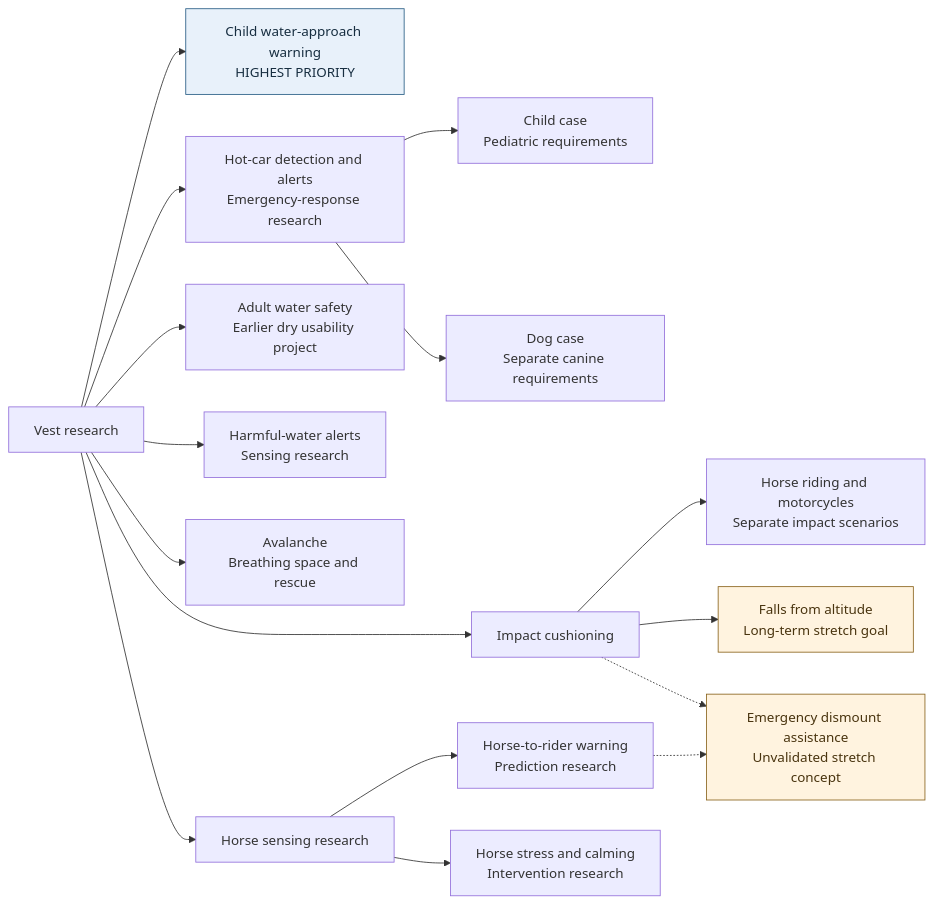
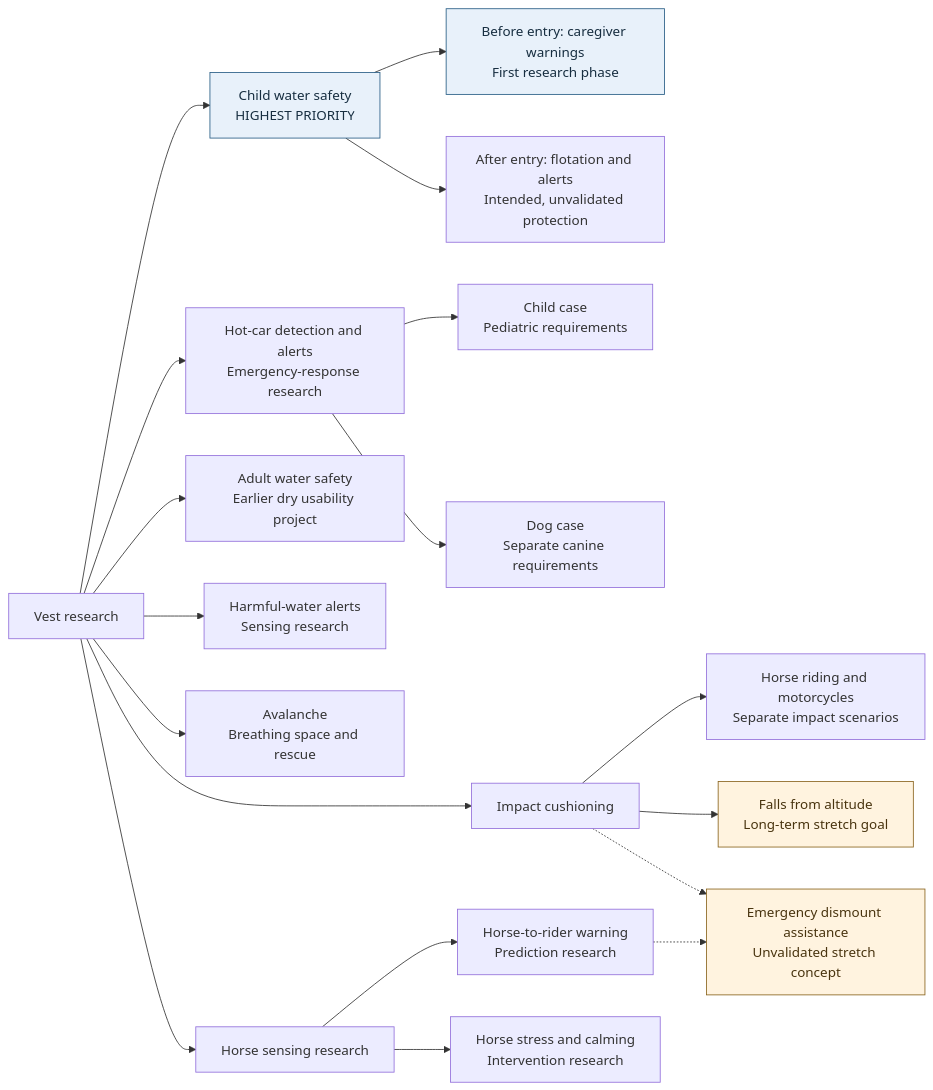
The first of 2 diagrams in docs/overview.md (eamusai/vest), drawn with Mermaid before and after one commit. The commit also changed other lines of this file and 7 other files, not shown here.

Commit message:
Clarify child protection goals before and after water entry

````diff
--- a/docs/overview.md
+++ b/docs/overview.md
@@ -9,23 +9,25 @@
 ```mermaid
 flowchart LR
     V["Vest research"]
-    V --> C["Child water-approach warning<br/>HIGHEST PRIORITY"]
+    V --> C["Child water safety<br/>HIGHEST PRIORITY"]
+    C --> CB["Before entry: caregiver warnings<br/>First research phase"]
+    C --> CA["After entry: flotation and alerts<br/>Intended, unvalidated protection"]
     V --> K["Hot-car detection and alerts<br/>Emergency-response research"]
     K --> KC["Child case<br/>Pediatric requirements"]
     K --> KD["Dog case<br/>Separate canine requirements"]
     V --> W["Adult water safety<br/>Earlier dry usability project"]
     V --> T["Harmful-water alerts<br/>Sensing research"]
     V --> A["Avalanche<br/>Breathing space and rescue"]
     V --> I["Impact cushioning"]
     V --> H["Horse sensing research"]
     H --> HW["Horse-to-rider warning<br/>Prediction research"]
     H --> HC["Horse stress and calming<br/>Intervention research"]
     I --> R["Horse riding and motorcycles<br/>Separate impact scenarios"]
     I --> F["Falls from altitude<br/>Long-term stretch goal"]
     HW -.-> D["Emergency dismount assistance<br/>Unvalidated stretch concept"]
     I -.-> D
     classDef current fill:#e8f1fa,stroke:#285d85,color:#172e40;
     classDef stretch fill:#fff3df,stroke:#8a641e,color:#49340f;
-    class C current;
+    class C,CB current;
     class F,D stretch;
 ```
````
